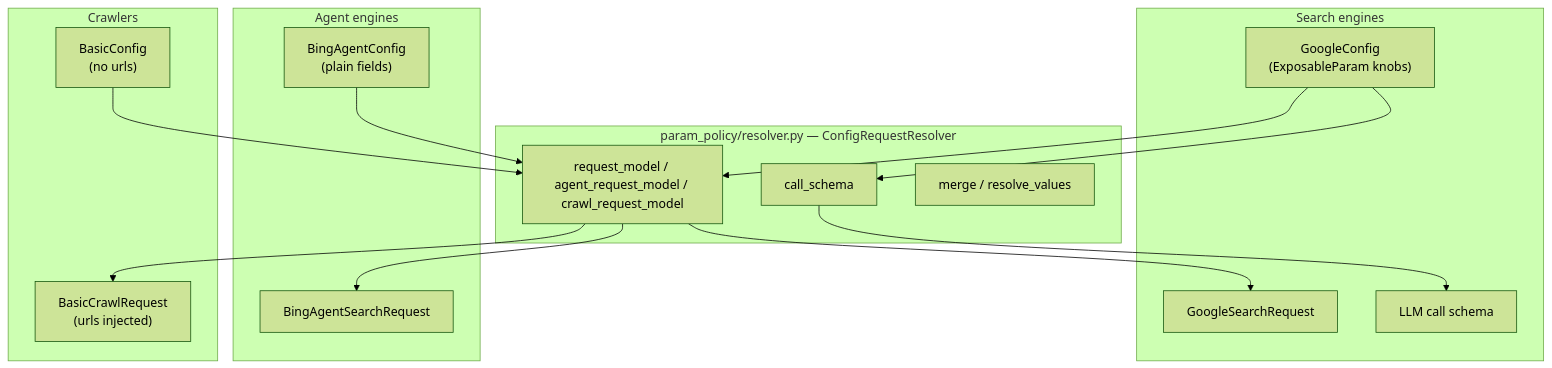
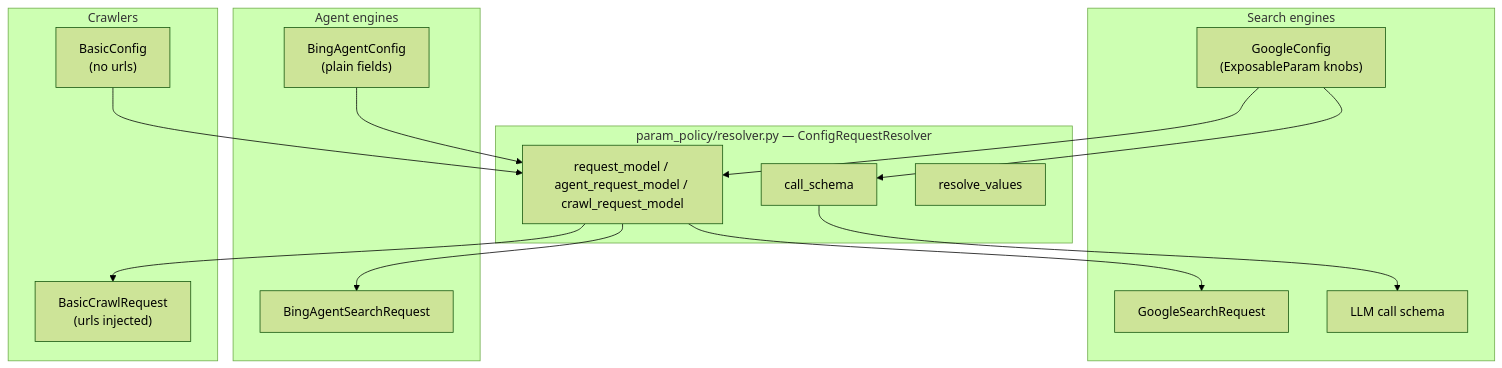
The second of 3 diagrams in connectors/unique_search_proxy/unique_search_proxy_core/README.md (Unique-AG/ai), drawn with Mermaid (forest theme) before and after one commit. The commit also changed other lines of this file and 45 other files, not shown here.

````diff
--- a/connectors/unique_search_proxy/unique_search_proxy_core/README.md
+++ b/connectors/unique_search_proxy/unique_search_proxy_core/README.md
@@ -66,28 +66,28 @@
 ```mermaid
 flowchart TB
     subgraph resolver["param_policy/resolver.py — ConfigRequestResolver"]
         RM["request_model / agent_request_model / crawl_request_model"]
         CS["call_schema"]
-        MG["merge / resolve_values"]
+        MG["resolve_values"]
     end
 
     subgraph search["Search engines"]
         GC["GoogleConfig\n(ExposableParam knobs)"]
         GSR["GoogleSearchRequest"]
         LLM["LLM call schema"]
         GC --> RM --> GSR
         GC --> CS --> LLM
     end
 
     subgraph agent["Agent engines"]
         BC["BingAgentConfig\n(plain fields)"]
         BSR["BingAgentSearchRequest"]
         BC --> RM --> BSR
     end
 
     subgraph crawl["Crawlers"]
         BCrawl["BasicConfig\n(no urls)"]
         BCR["BasicCrawlRequest\n(urls injected)"]
         BCrawl --> RM --> BCR
     end
 ```
````
